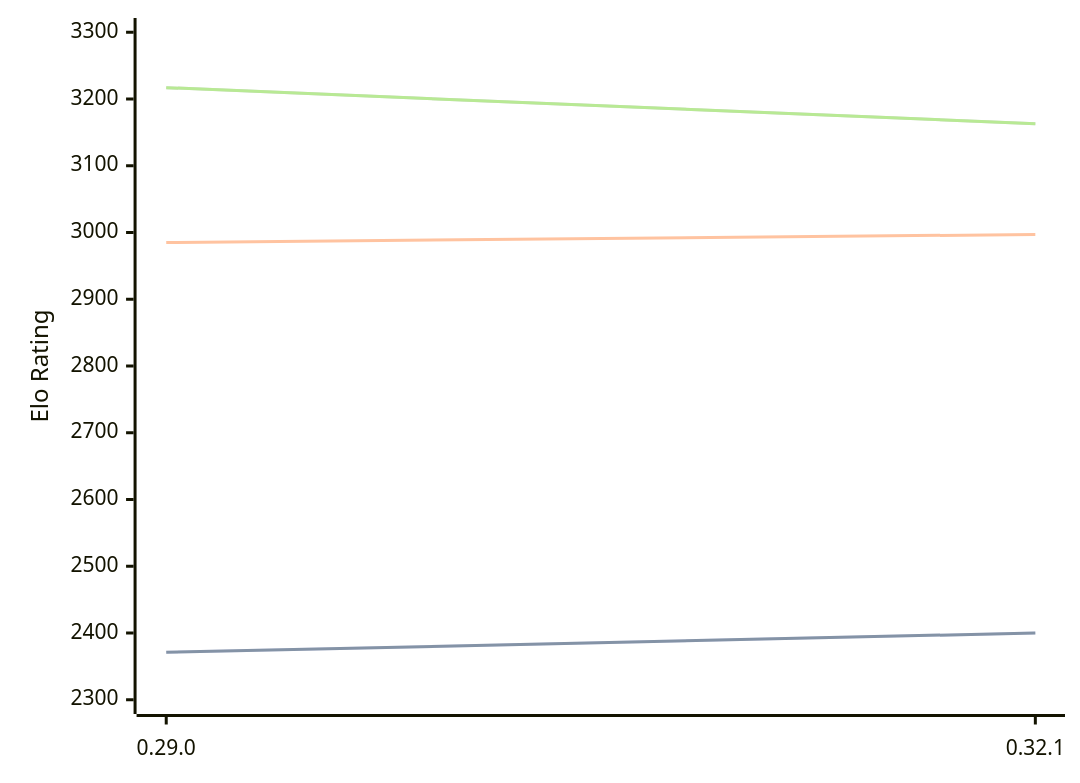
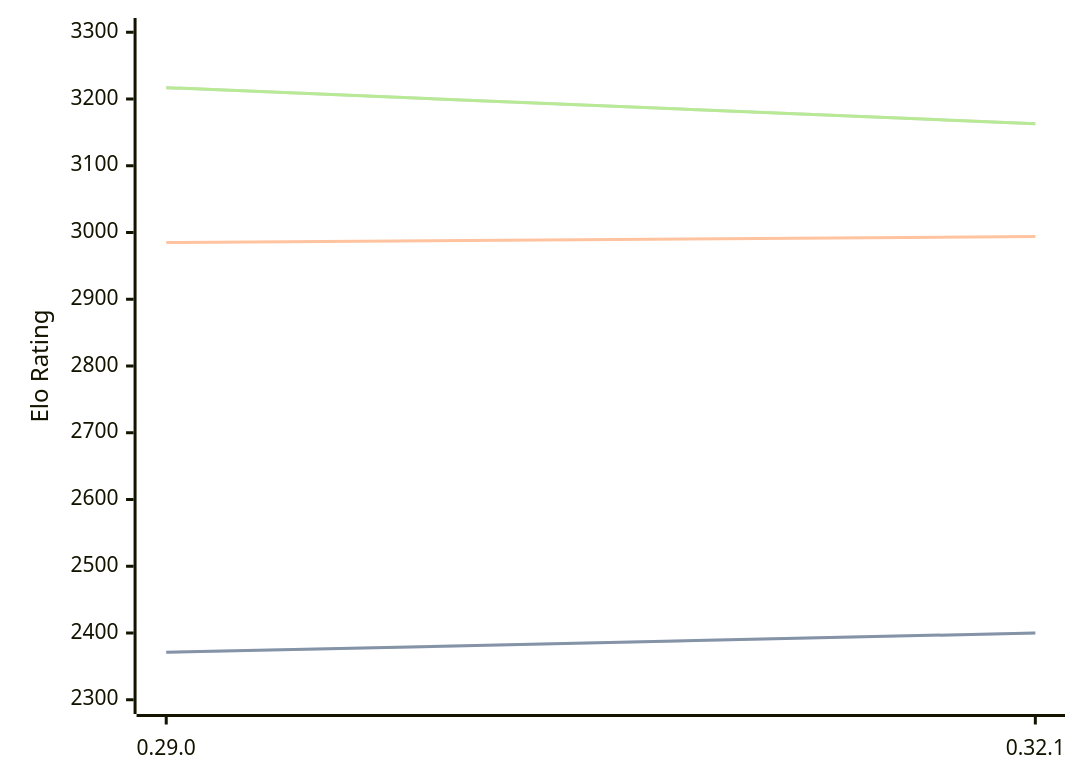
Before and after one commit to computer-chess-index/cci: the first of 3 diagrams in engines/Lc0.md, drawn with Mermaid. The commit also changed other lines of this file, not shown here.

````diff
--- a/engines/Lc0.md
+++ b/engines/Lc0.md
@@ -68,11 +68,11 @@
 ```mermaid
 %%{init: {"theme":"base","themeVariables":{"seriesColors:['#a3a3a3','#222221','#faa371']}}}%%
 xychart-beta
   x-axis ["0.29.0", "0.32.1"]
   y-axis "Elo Rating" 2300 --> 3300
   line "STC (8.0+0.08s)" [2371, 2400]
   line "STC (8.0+0.08s)" [2371, 2400]
-  line "LTC (60.0+0.60s)" [2985, 2997]
+  line "LTC (60.0+0.60s)" [2985, 2994]
   line "VLTC (2m24s+1.12s)" [3217, 3163]
   line "VLTC (2m24s+1.12s)" [3217, 3163]
 ```
````
